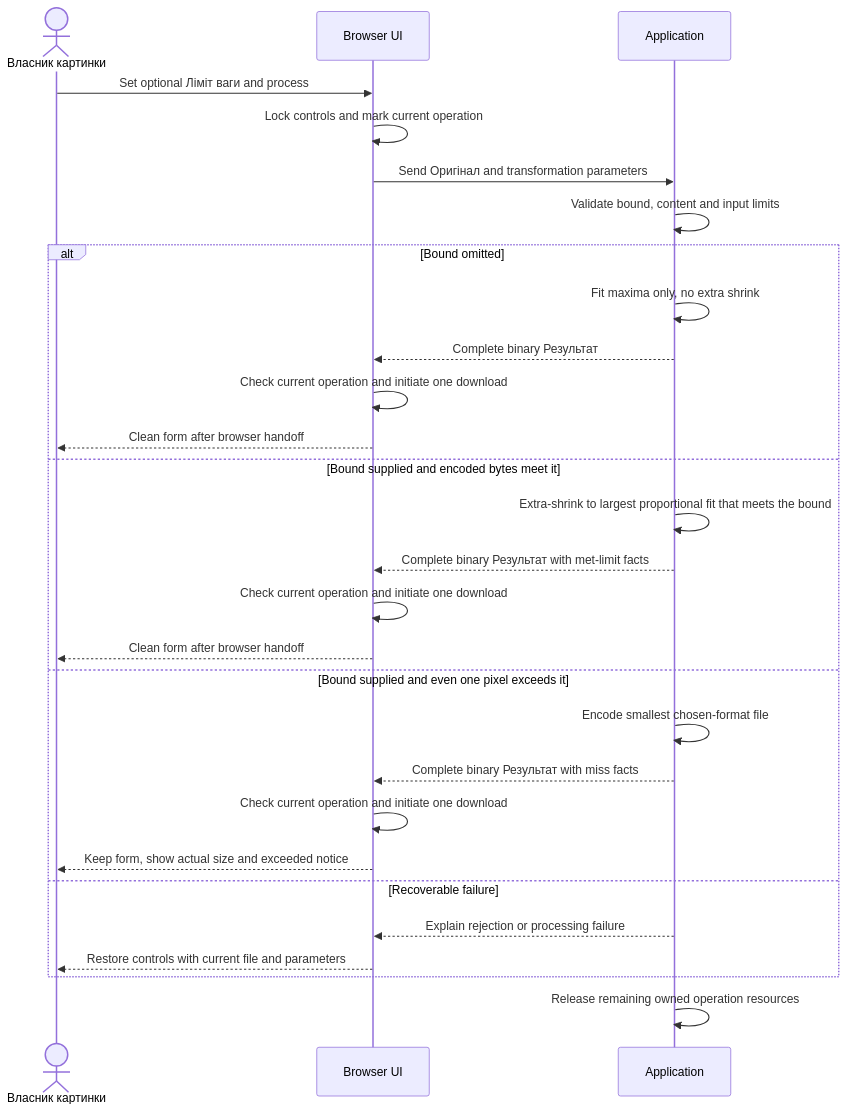
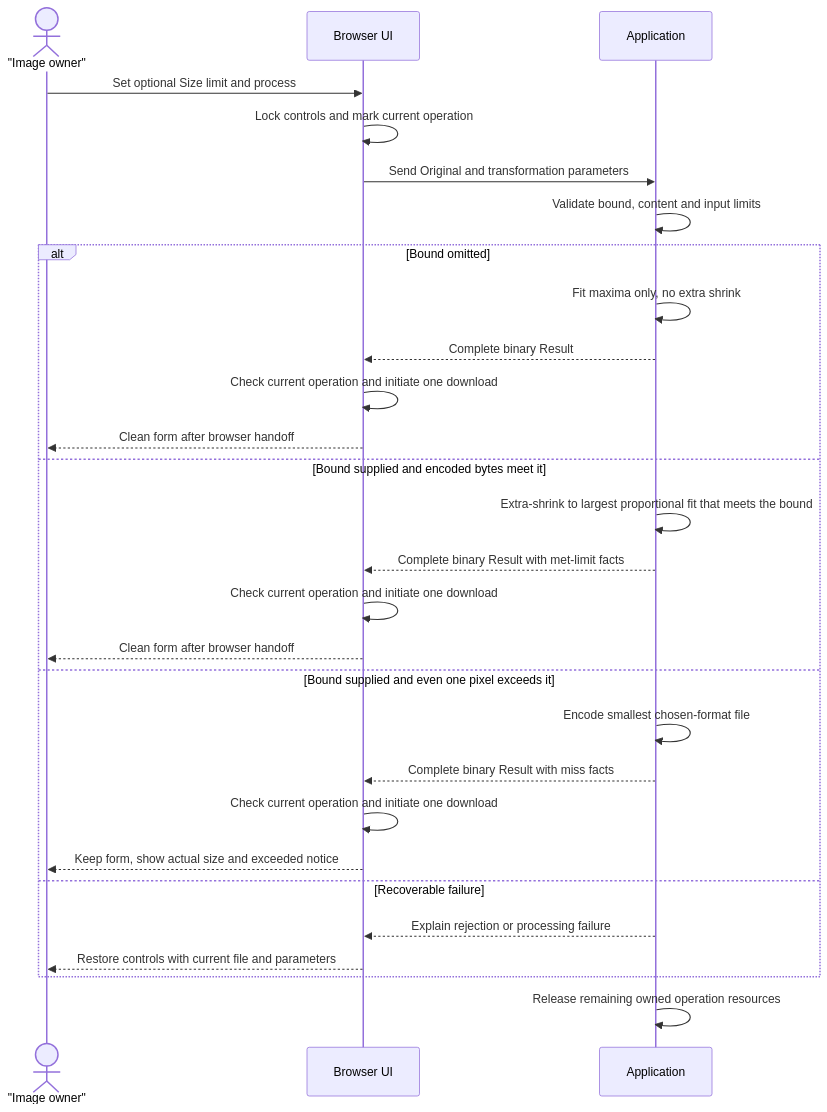
One commit to shved270189/image_compressor changed the third of 8 diagrams in docs/features/image-size-limit/sad.md. Above: the diagram before and after it, drawn with Mermaid. The commit also changed other lines of this file and 46 other files, not shown here.

````diff
--- a/docs/features/image-size-limit/sad.md
+++ b/docs/features/image-size-limit/sad.md
@@ -119,30 +119,30 @@
 ```mermaid
 sequenceDiagram
-    actor Owner as Власник картинки
+    actor Owner as "Image owner"
     participant Web as Browser UI
     participant App as Application
-    Owner->>Web: Set optional Ліміт ваги and process
+    Owner->>Web: Set optional Size limit and process
     Web->>Web: Lock controls and mark current operation
-    Web->>App: Send Оригінал and transformation parameters
+    Web->>App: Send Original and transformation parameters
     App->>App: Validate bound, content and input limits
     alt Bound omitted
         App->>App: Fit maxima only, no extra shrink
-        App-->>Web: Complete binary Результат
+        App-->>Web: Complete binary Result
         Web->>Web: Check current operation and initiate one download
         Web-->>Owner: Clean form after browser handoff
     else Bound supplied and encoded bytes meet it
         App->>App: Extra-shrink to largest proportional fit that meets the bound
-        App-->>Web: Complete binary Результат with met-limit facts
+        App-->>Web: Complete binary Result with met-limit facts
         Web->>Web: Check current operation and initiate one download
         Web-->>Owner: Clean form after browser handoff
     else Bound supplied and even one pixel exceeds it
         App->>App: Encode smallest chosen-format file
-        App-->>Web: Complete binary Результат with miss facts
+        App-->>Web: Complete binary Result with miss facts
         Web->>Web: Check current operation and initiate one download
         Web-->>Owner: Keep form, show actual size and exceeded notice
     else Recoverable failure
         App-->>Web: Explain rejection or processing failure
         Web-->>Owner: Restore controls with current file and parameters
     end
     App->>App: Release remaining owned operation resources
 ```
````
